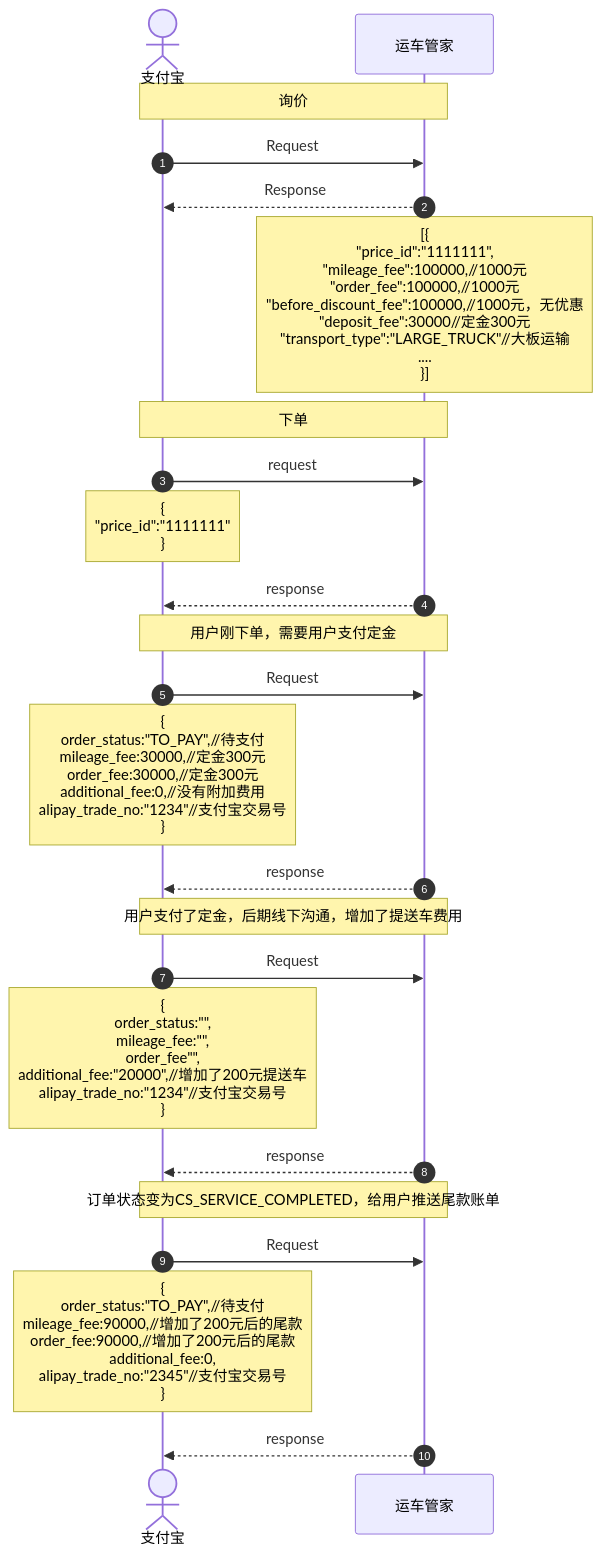
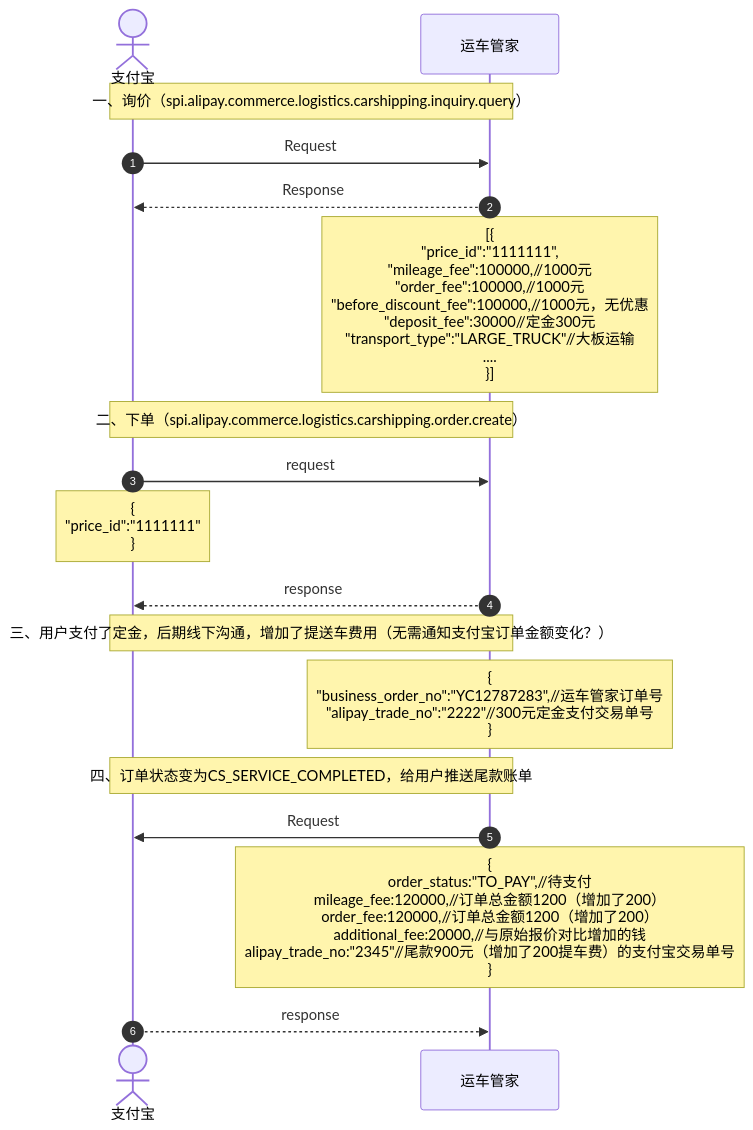
Before and after one commit to pingpm/mermaid_vault: the diagram in mmd/Untitled_f52db46e-2cbc-4edf-a590-17207db4038a.mmd, drawn with Mermaid. The commit also changed 3 other files, not shown here.

Commit message:
Sync Mermaid Studio data (33 diagrams)

```diff
--- a/mmd/Untitled_f52db46e-2cbc-4edf-a590-17207db4038a.mmd
+++ b/mmd/Untitled_f52db46e-2cbc-4edf-a590-17207db4038a.mmd
@@ -1,25 +1,19 @@
 sequenceDiagram
   autonumber
   actor p0 as 支付宝
   participant p1 as 运车管家
-  Note over p0,p1: 询价
+  Note over p0,p1: 一、询价（spi.alipay.commerce.logistics.carshipping.inquiry.query）
   p0->>p1: Request
   p1-->>p0: Response
-  %% [note-meta] align:left width:351
+  %% [note-meta] align:left width:354.35999999999996
   Note over p1: [{<br/>	"price_id":"1111111",<br/>	"mileage_fee":100000,//1000元<br/>	"order_fee":100000,//1000元<br/>	"before_discount_fee":100000,//1000元，无优惠<br/>	"deposit_fee":30000//定金300元<br/>	"transport_type":"LARGE_TRUCK"//大板运输<br/>	....<br/>}]
-  Note over p0,p1: 下单
+  Note over p0,p1: 二、下单（spi.alipay.commerce.logistics.carshipping.order.create）
   p0->>p1: request
   Note over p0: {<br/>	"price_id":"1111111"<br/>}
   p1-->>p0: response
-  Note over p0,p1: 用户刚下单，需要用户支付定金
-  p0->>p1: Request
-  Note over p0: {<br/>	order_status:"TO_PAY",//待支付<br/>	mileage_fee:30000,//定金300元<br/>	order_fee:30000,//定金300元<br/>	additional_fee:0,//没有附加费用<br/>	alipay_trade_no:"1234"//支付宝交易号<br/>}
-  p1-->>p0: response
-  Note over p0,p1: 用户支付了定金，后期线下沟通，增加了提送车费用
-  p0->>p1: Request
-  Note over p0: {<br/>	order_status:"",<br/>	mileage_fee:"",<br/>	order_fee"",<br/>	additional_fee:"20000",//增加了200元提送车<br/>	alipay_trade_no:"1234"//支付宝交易号<br/>}
-  p1-->>p0: response
-  Note over p0,p1: 订单状态变为CS_SERVICE_COMPLETED，给用户推送尾款账单
-  p0->>p1: Request
-  Note over p0: {<br/>	order_status:"TO_PAY",//待支付<br/>	mileage_fee:90000,//增加了200元后的尾款<br/>	order_fee:90000,//增加了200元后的尾款<br/>	additional_fee:0,<br/>	alipay_trade_no:"2345"//支付宝交易号<br/>}
-  p1-->>p0: response
+  Note over p0,p1: 三、用户支付了定金，后期线下沟通，增加了提送车费用（无需通知支付宝订单金额变化？）
+  Note over p1: {<br/>	"business_order_no":"YC12787283",//运车管家订单号<br/>    "alipay_trade_no":"2222"//300元定金支付交易单号<br/>}
+  Note over p0,p1: 四、订单状态变为CS_SERVICE_COMPLETED，给用户推送尾款账单
+  p1->>p0: Request
+  Note over p1: {<br/>	order_status:"TO_PAY",//待支付<br/>	mileage_fee:120000,//订单总金额1200（增加了200）<br/>	order_fee:120000,//订单总金额1200（增加了200）<br/>	additional_fee:20000,//与原始报价对比增加的钱<br/>	alipay_trade_no:"2345"//尾款900元（增加了200提车费）的支付宝交易单号<br/>}
+  p0-->>p1: response
```
